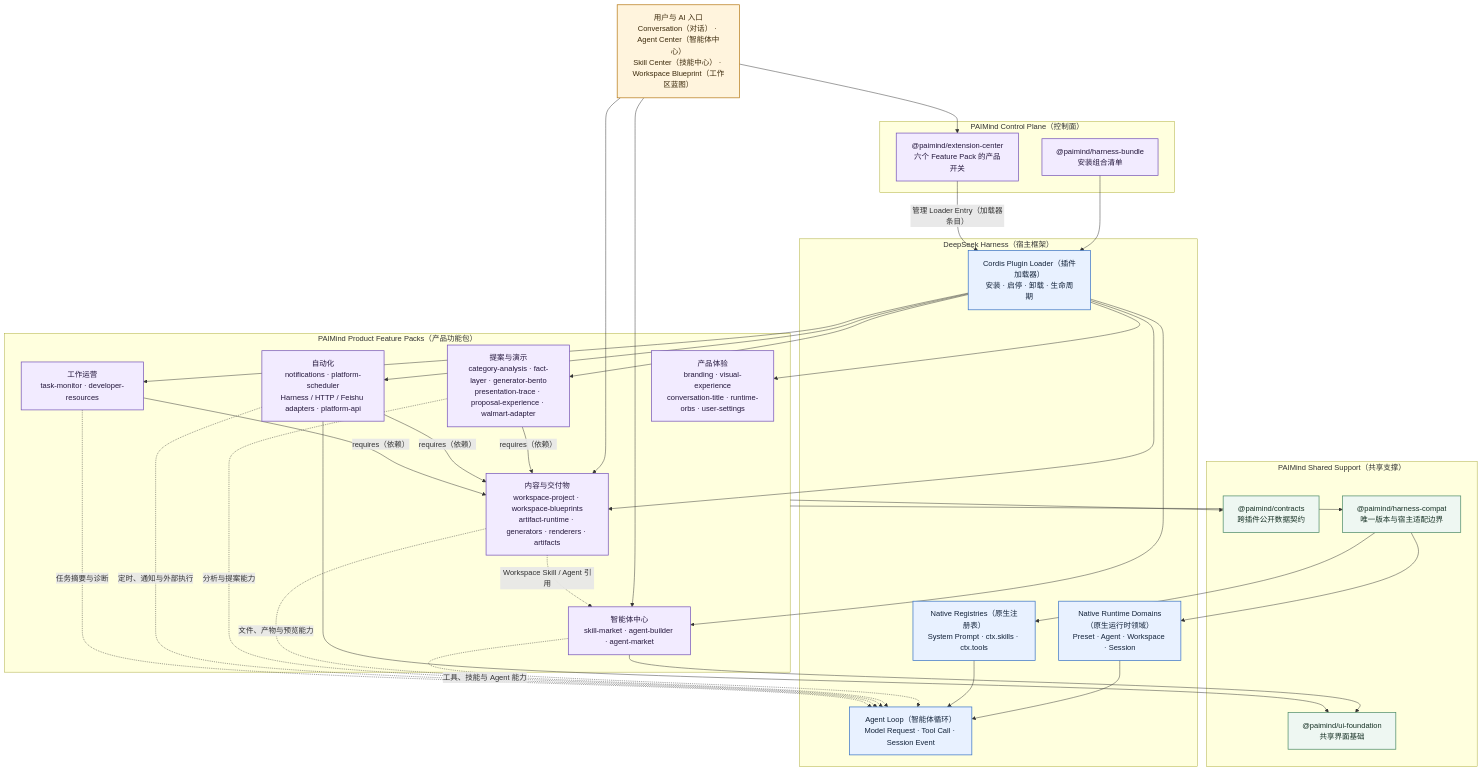
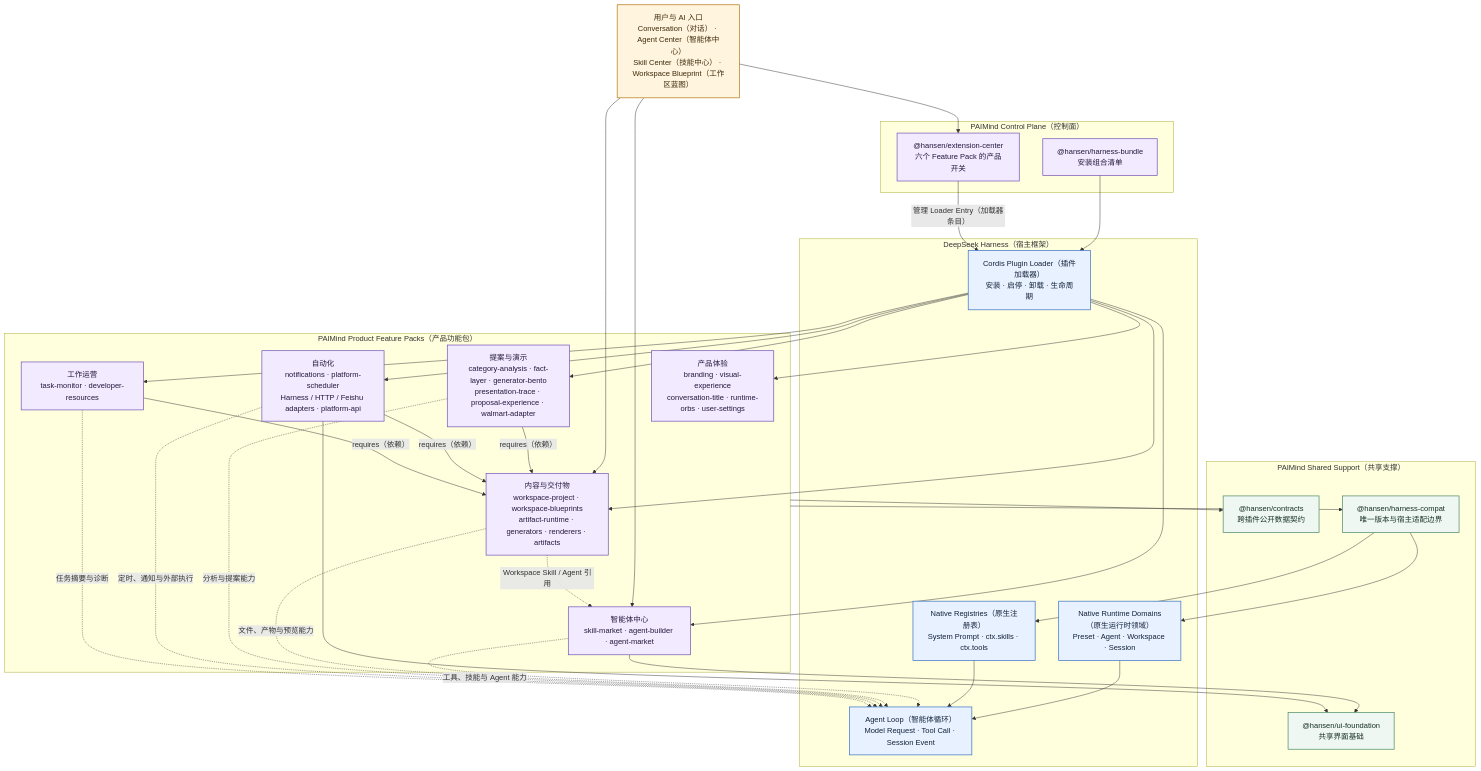
One commit to Hanyan179/paimind-harness-plugins changed the first of 4 diagrams in docs/architecture/plugin-ai-skill-catalog-flow.md. Above: the diagram before and after it, drawn with Mermaid. The commit also changed other lines of this file and 364 other files, not shown here.

````diff
--- a/docs/architecture/plugin-ai-skill-catalog-flow.md
+++ b/docs/architecture/plugin-ai-skill-catalog-flow.md
@@ -21,73 +21,73 @@
 ```mermaid
 flowchart TB
   User["用户与 AI 入口<br/>Conversation（对话） · Agent Center（智能体中心）<br/>Skill Center（技能中心） · Workspace Blueprint（工作区蓝图）"]
 
   subgraph Control["PAIMind Control Plane（控制面）"]
-    Bundle["@paimind/harness-bundle<br/>安装组合清单"]
-    Extension["@paimind/extension-center<br/>六个 Feature Pack 的产品开关"]
+    Bundle["@hansen/harness-bundle<br/>安装组合清单"]
+    Extension["@hansen/extension-center<br/>六个 Feature Pack 的产品开关"]
   end
 
   subgraph Packs["PAIMind Product Feature Packs（产品功能包）"]
     Experience["产品体验<br/>branding · visual-experience<br/>conversation-title · runtime-orbs · user-settings"]
     Agents["智能体中心<br/>skill-market · agent-builder · agent-market"]
     Content["内容与交付物<br/>workspace-project · workspace-blueprints<br/>artifact-runtime · generators · renderers · artifacts"]
     Proposal["提案与演示<br/>category-analysis · fact-layer · generator-bento<br/>presentation-trace · proposal-experience · walmart-adapter"]
     Automation["自动化<br/>notifications · platform-scheduler<br/>Harness / HTTP / Feishu adapters · platform-api"]
     Operations["工作运营<br/>task-monitor · developer-resources"]
   end
 
   subgraph Shared["PAIMind Shared Support（共享支撑）"]
-    Contracts["@paimind/contracts<br/>跨插件公开数据契约"]
-    Compat["@paimind/harness-compat<br/>唯一版本与宿主适配边界"]
-    UI["@paimind/ui-foundation<br/>共享界面基础"]
+    Contracts["@hansen/contracts<br/>跨插件公开数据契约"]
+    Compat["@hansen/harness-compat<br/>唯一版本与宿主适配边界"]
+    UI["@hansen/ui-foundation<br/>共享界面基础"]
   end
 
   subgraph Harness["DeepSeek Harness（宿主框架）"]
     Loader["Cordis Plugin Loader（插件加载器）<br/>安装 · 启停 · 卸载 · 生命周期"]
     Native["Native Runtime Domains（原生运行时领域）<br/>Preset · Agent · Workspace · Session"]
     Registries["Native Registries（原生注册表）<br/>System Prompt · ctx.skills · ctx.tools"]
     Loop["Agent Loop（智能体循环）<br/>Model Request · Tool Call · Session Event"]
   end
 
   User --> Extension
   User --> Agents
   User --> Content
 
   Bundle --> Loader
   Extension -->|"管理 Loader Entry（加载器条目）"| Loader
   Loader --> Experience
   Loader --> Agents
   Loader --> Content
   Loader --> Proposal
   Loader --> Automation
   Loader --> Operations
 
   Proposal -->|"requires（依赖）"| Content
   Automation -->|"requires（依赖）"| Content
   Operations -->|"requires（依赖）"| Content
 
   Packs --> Contracts
   Packs --> Compat
   Agents --> UI
   Automation --> UI
   Compat --> Native
   Compat --> Registries
   Native --> Loop
   Registries --> Loop
 
   Content -. "Workspace Skill / Agent 引用" .-> Agents
   Agents -. "工具、技能与 Agent 能力" .-> Loop
   Content -. "文件、产物与预览能力" .-> Loop
   Proposal -. "分析与提案能力" .-> Loop
   Automation -. "定时、通知与外部执行" .-> Loop
   Operations -. "任务摘要与诊断" .-> Loop
 
   classDef harness fill:#E8F1FF,stroke:#3973C6,color:#13233A,stroke-width:1.5px;
   classDef paimind fill:#F2EBFF,stroke:#7654B8,color:#25183D,stroke-width:1.5px;
   classDef shared fill:#EEF7F2,stroke:#4D8B68,color:#183226,stroke-width:1.5px;
   classDef entry fill:#FFF4DD,stroke:#B77A17,color:#3D2B0D,stroke-width:1.5px;
   class User entry;
   class Bundle,Extension,Experience,Agents,Content,Proposal,Automation,Operations paimind;
   class Contracts,Compat,UI shared;
   class Loader,Native,Registries,Loop harness;
 ```
````
